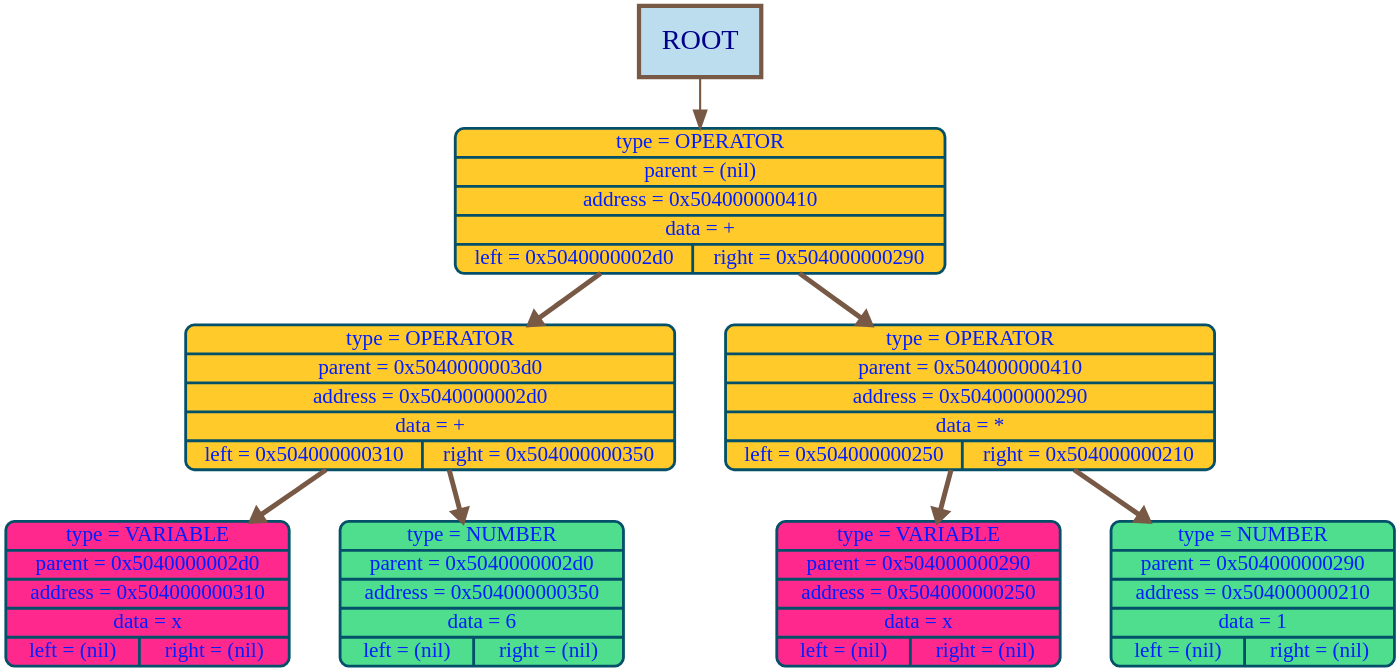
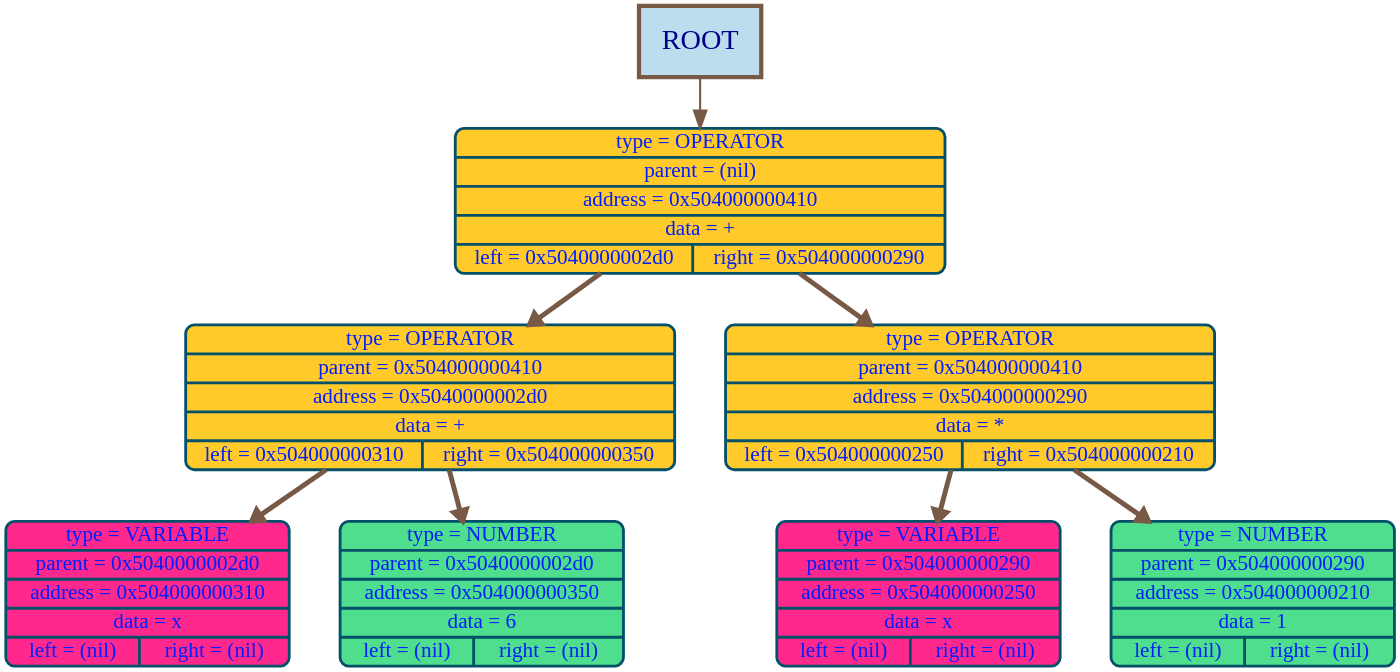
One commit to timoko3/diffirenciator changed the diagram in graphDumps/graphDump.dot. Above: the diagram before and after it, drawn with Graphviz. The commit also changed 23 other files, not shown here.

```diff
--- a/graphDumps/graphDump.dot
+++ b/graphDumps/graphDump.dot
@@ -1,22 +1,22 @@
 digraph G {
 bgcolor="transparent"
 nodesep = 1;
 ranksep = 1
 	node [shape=Mrecord, style="filled", fillcolor="#70c07cff", fontcolor="#001effff", color="#035068ff", penwidth=4, fontname="Menlo", fontsize=30];
 
 	node1040 [label="{type = OPERATOR | parent = (nil) | address = 0x504000000410 | data = + | {left = 0x5040000002d0 | right = 0x504000000290}} ", fillcolor="#ffca2aff"];
-	node720 [label="{type = OPERATOR | parent = 0x5040000003d0 | address = 0x5040000002d0 | data = + | {left = 0x504000000310 | right = 0x504000000350}} ", fillcolor="#ffca2aff"];
+	node720 [label="{type = OPERATOR | parent = 0x504000000410 | address = 0x5040000002d0 | data = + | {left = 0x504000000310 | right = 0x504000000350}} ", fillcolor="#ffca2aff"];
 	node784 [label="{type = VARIABLE | parent = 0x5040000002d0 | address = 0x504000000310 | data = x | {left = (nil) | right = (nil)}} ", fillcolor="#ff298dff"];
 	node848 [label="{type = NUMBER | parent = 0x5040000002d0 | address = 0x504000000350 | data = 6 | {left = (nil) | right = (nil)}} ", fillcolor="#4ede8dff"];
 	node656 [label="{type = OPERATOR | parent = 0x504000000410 | address = 0x504000000290 | data = * | {left = 0x504000000250 | right = 0x504000000210}} ", fillcolor="#ffca2aff"];
 	node592 [label="{type = VARIABLE | parent = 0x504000000290 | address = 0x504000000250 | data = x | {left = (nil) | right = (nil)}} ", fillcolor="#ff298dff"];
 	node528 [label="{type = NUMBER | parent = 0x504000000290 | address = 0x504000000210 | data = 1 | {left = (nil) | right = (nil)}} ", fillcolor="#4ede8dff"];
 node1040 ->node720 [color="#785946ff", arrowsize=1.5, penwidth=7, weight=1000];
 node720 ->node784 [color="#785946ff", arrowsize=1.5, penwidth=7, weight=1000];
 node720->node848 [color="#785946ff", arrowsize=1.5, penwidth=7, weight=1000];
 node1040->node656 [color="#785946ff", arrowsize=1.5, penwidth=7, weight=1000];
 node656 ->node592 [color="#785946ff", arrowsize=1.5, penwidth=7, weight=1000];
 node656->node528 [color="#785946ff", arrowsize=1.5, penwidth=7, weight=1000];
 root_label [shape=box, width = 2.4, height = 1.4, label="ROOT", style="filled", fillcolor="#BBDDEE", color="#785946ff", penwidth = 6,  fontcolor="darkblue", fontsize = 40];
 root_label -> node1040 [color="#785946ff"  , arrowsize=2.5, penwidth=3];
 }
```
